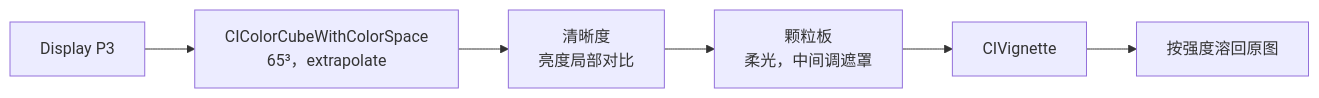
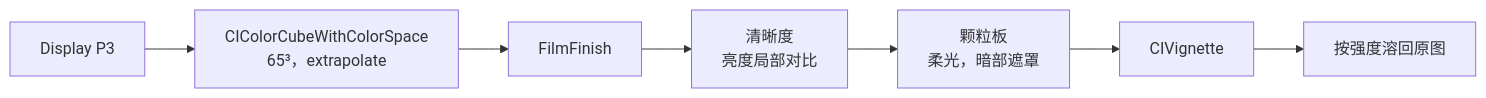
Before and after one commit to zhe-ma/angie-filter: the second of 3 diagrams in design/rendering.md, drawn with Mermaid. The commit also changed other lines of this file and 16 other files, not shown here.

````diff
--- a/design/rendering.md
+++ b/design/rendering.md
@@ -54,8 +56,9 @@
 ```mermaid
 flowchart LR
   p3["Display P3"] --> cube["CIColorCubeWithColorSpace<br/>65³，extrapolate"]
-  cube --> clarity["清晰度<br/>亮度局部对比"]
-  clarity --> grain["颗粒板<br/>柔光，中间调遮罩"]
+  cube --> finish["FilmFinish"]
+  finish --> clarity["清晰度<br/>亮度局部对比"]
+  clarity --> grain["颗粒板<br/>柔光，暗部遮罩"]
   grain --> vignette["CIVignette"]
   vignette --> mix["按强度溶回原图"]
 ```
````
